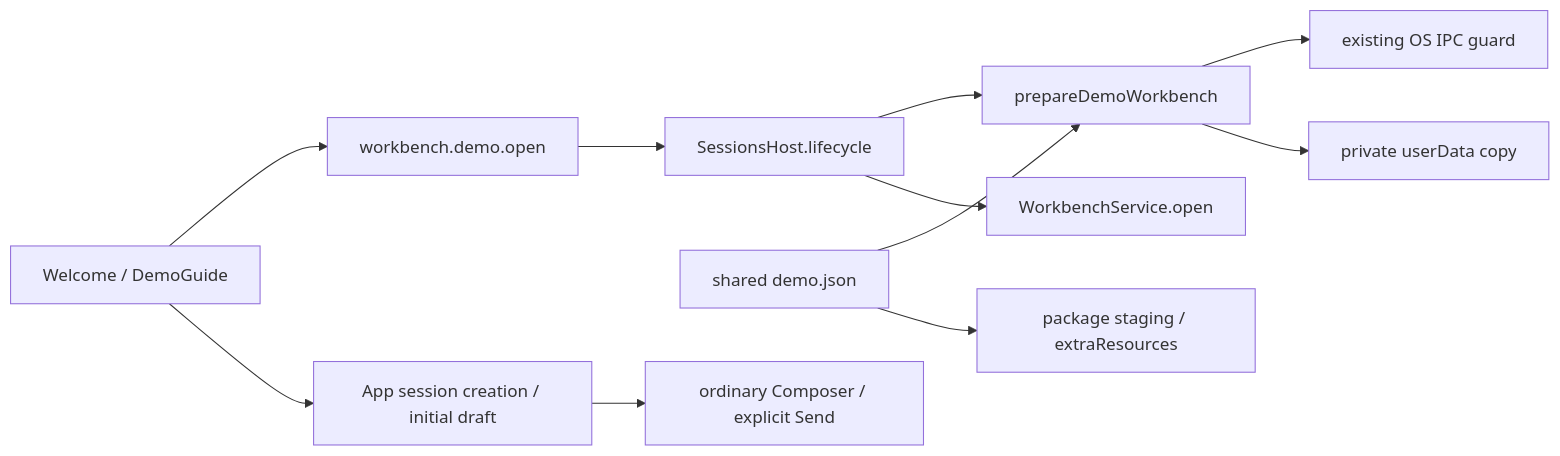
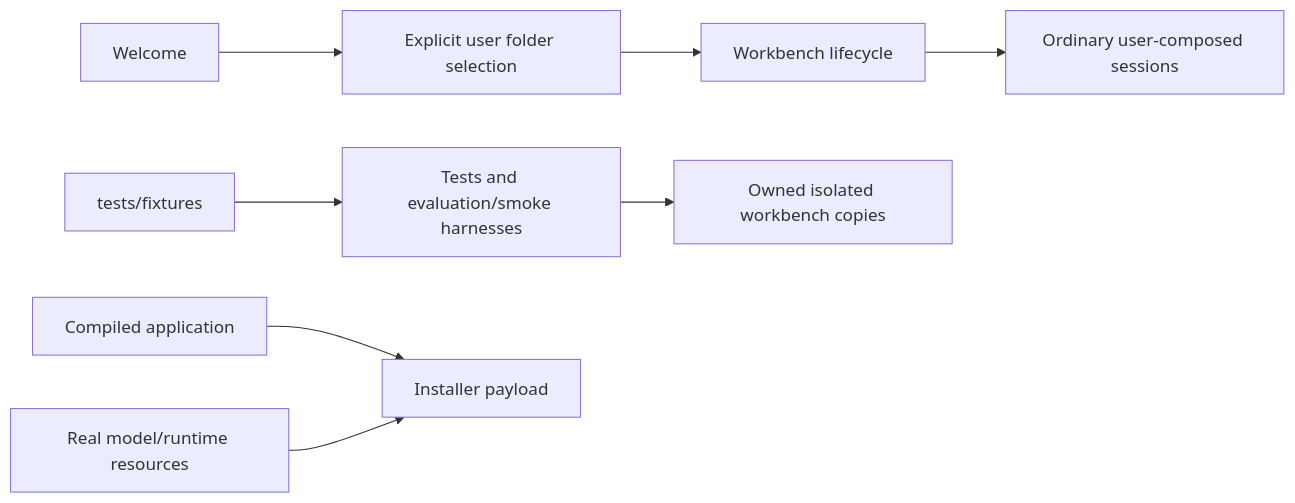
Before and after one commit to DDP-Engineering/2026_Virtual_Embedded_Rig_Assistant: the diagram in .agentic/knowledge/demo-onboarding.md, drawn with Mermaid. The commit also changed other lines of this file and 834 other files, not shown here.

````diff
--- a/.agentic/knowledge/demo-onboarding.md
+++ b/.agentic/knowledge/demo-onboarding.md
@@ -61,13 +50,10 @@
 ```mermaid
 flowchart LR
- Welcome[Welcome / DemoGuide] --> IPC[workbench.demo.open]
- IPC --> Lifecycle[SessionsHost.lifecycle]
- Lifecycle --> Installer[prepareDemoWorkbench]
- Inventory[shared demo.json] --> Installer
- Inventory --> Package[package staging / extraResources]
- Installer --> Guard[existing OS IPC guard]
- Installer --> Copy[private userData copy]
- Lifecycle --> Workbench[WorkbenchService.open]
- Welcome --> Draft[App session creation / initial draft]
- Draft --> Composer[ordinary Composer / explicit Send]
+ Welcome --> CreateOpen[Explicit user folder selection]
+ CreateOpen --> Lifecycle[Workbench lifecycle]
+ Lifecycle --> Sessions[Ordinary user-composed sessions]
+ Fixtures[tests/fixtures] --> Tests[Tests and evaluation/smoke harnesses]
+ Tests --> Copies[Owned isolated workbench copies]
+ Build[Compiled application] --> Package[Installer payload]
+ Resources[Real model/runtime resources] --> Package
 ```
````
